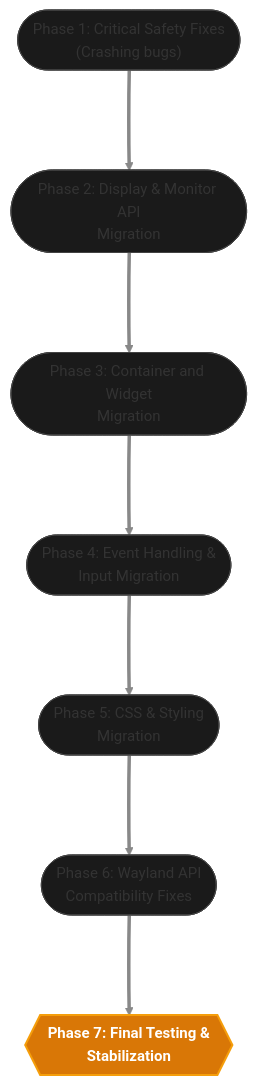
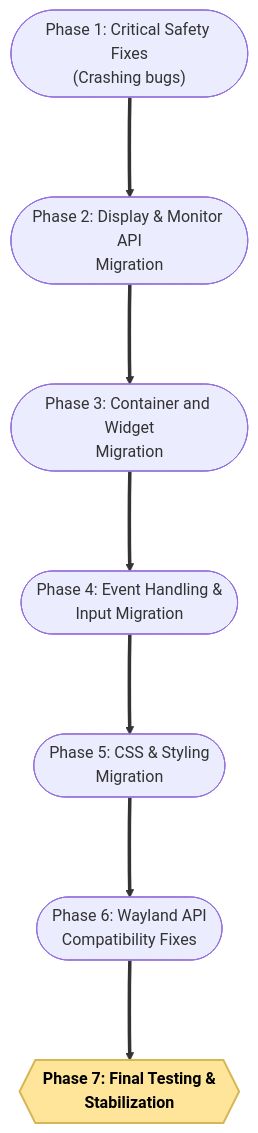
The sixth of 9 diagrams in proposal.md (Dev10-sys/sugar-proposal-gtk), drawn with Mermaid before and after one commit. The commit also changed other lines of this file, not shown here.

Commit message:
Convert diagrams to crisp light theme based on reference photos

````diff
--- a/proposal.md
+++ b/proposal.md
@@ -384,20 +379,19 @@
 ```mermaid
-%%{init: {'theme': 'base', 'themeVariables': {'background': '#0a0a0a', 'primaryColor': '#1a1a1a', 'primaryBorderColor': '#444444', 'lineColor': '#888888', 'textColor': '#ffffff', 'fontSize': '15px'}}}%%
 flowchart TD
     Phase1(["Phase 1: Critical Safety Fixes\n(Crashing bugs)"])
     Phase2(["Phase 2: Display & Monitor API\nMigration"])
     Phase3(["Phase 3: Container and Widget\nMigration"])
     Phase4(["Phase 4: Event Handling &\nInput Migration"])
     Phase5(["Phase 5: CSS & Styling\nMigration"])
     Phase6(["Phase 6: Wayland API\nCompatibility Fixes"])
     Phase7{{"Phase 7: Final Testing &\nStabilization"}}
 
     Phase1 ===> Phase2
     Phase2 ===> Phase3
     Phase3 ===> Phase4
     Phase4 ===> Phase5
     Phase5 ===> Phase6
     Phase6 ===> Phase7
 
-    style Phase7 fill:#d97706,stroke:#f59e0b,stroke-width:2px,color:#ffffff,font-weight:bold
+    style Phase7 fill:#ffe599,stroke:#d6b656,stroke-width:2px,color:#000000,font-weight:bold
 ```
````
